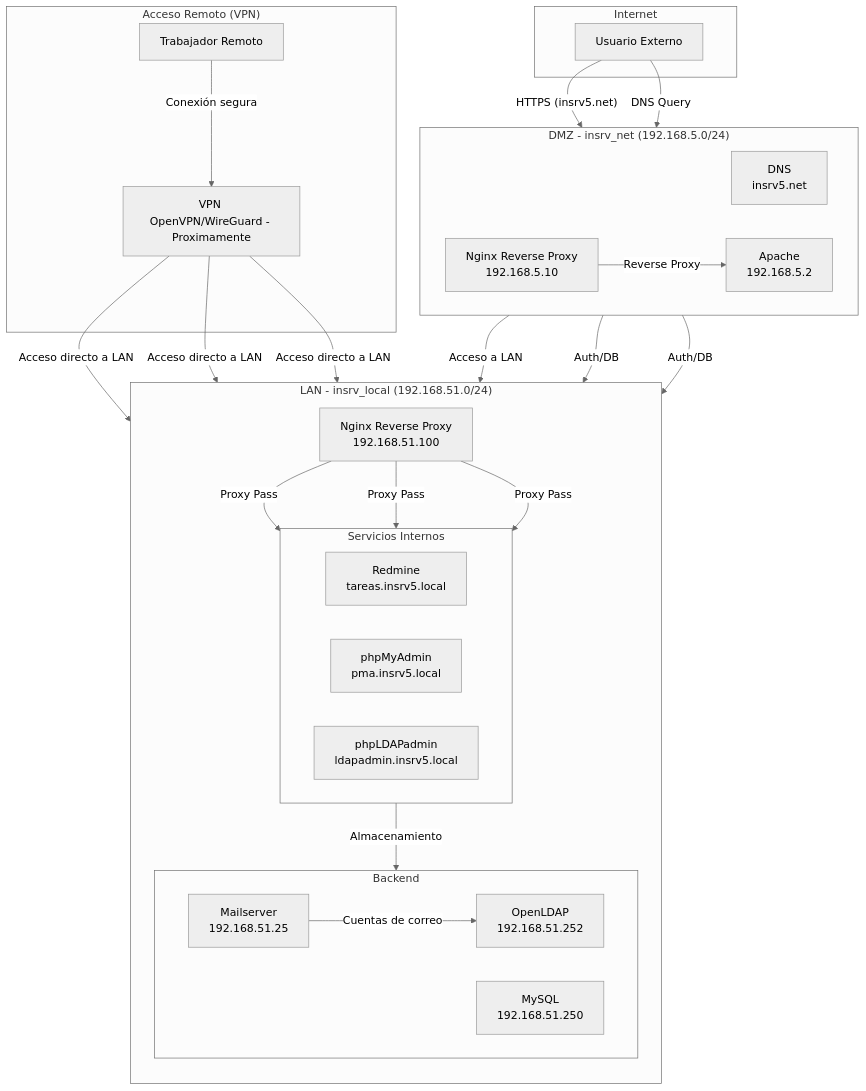
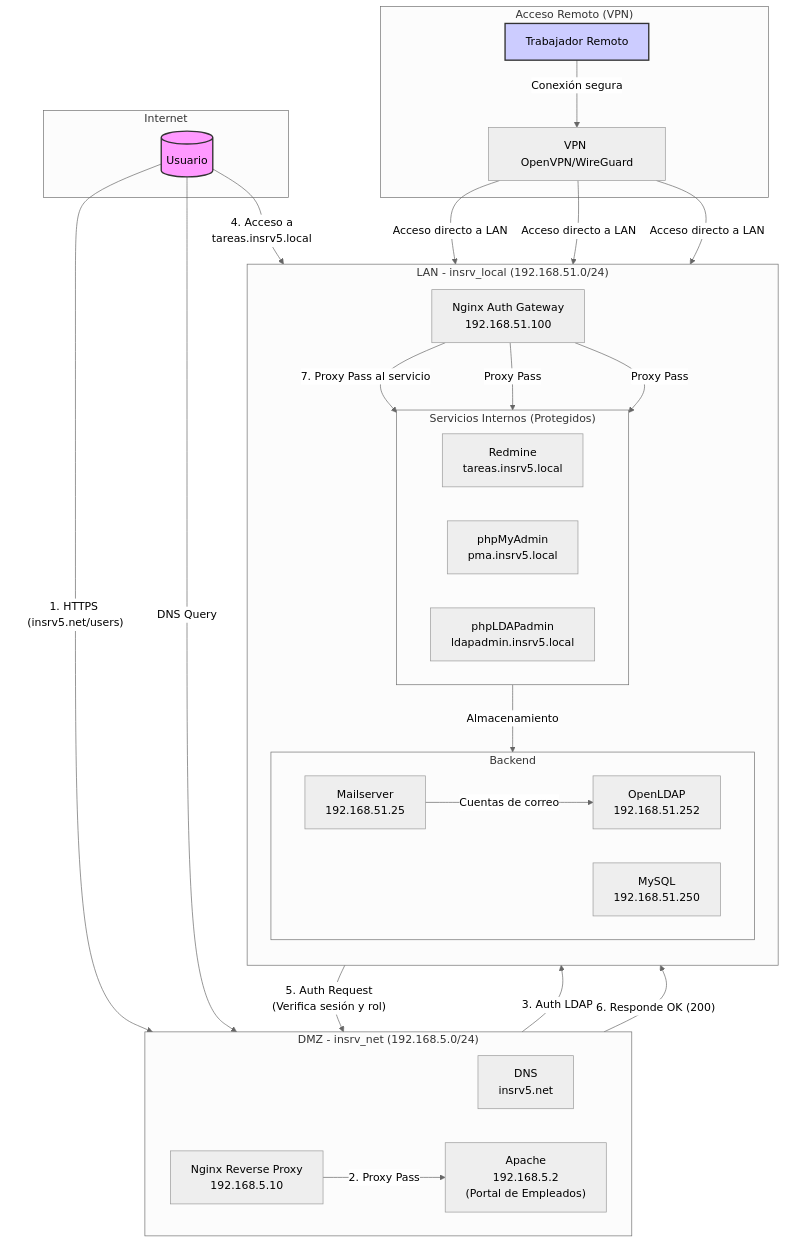
Before and after one commit to CrIsTiAnPvP/Docker-Enterprise-Stack: the diagram in README.md, drawn with Mermaid (neutral theme). The commit also changed other lines of this file, not shown here.

````diff
--- a/README.md
+++ b/README.md
@@ -36,62 +37,64 @@
 ```mermaid
-
 graph TD
-
     subgraph Internet
-        User[Usuario Externo]
+        User[("Usuario")]
     end
 
     subgraph "DMZ - insrv_net (192.168.5.0/24)"
         direction LR
         dns_dmz["DNS<br>insrv5.net"]
         nginx_dmz["Nginx Reverse Proxy<br>192.168.5.10"]
-        apache_dmz["Apache<br>192.168.5.2"]
+        apache_dmz["Apache<br>192.168.5.2<br>(Portal de Empleados)"]
     end
 
     subgraph "LAN - insrv_local (192.168.51.0/24)"
         direction TB
-        nginx_lan["Nginx Reverse Proxy<br>192.168.51.100"]
-        subgraph "Servicios Internos"
+        nginx_lan["Nginx Auth Gateway<br>192.168.51.100"]
+        subgraph "Servicios Internos (Protegidos)"
             direction LR
             redmine["Redmine<br>tareas.insrv5.local"]
             phpmyadmin["phpMyAdmin<br>pma.insrv5.local"]
             phpldapadmin["phpLDAPadmin<br>ldapadmin.insrv5.local"]
         end
 
         subgraph "Backend"
             direction LR
             openldap["OpenLDAP<br>192.168.51.252"]
             mysql["MySQL<br>192.168.51.250"]
             mailserver["Mailserver<br>192.168.51.25"]
         end
     end
 
     subgraph "Acceso Remoto (VPN)"
-        worker[Trabajador Remoto]
-        vpn[VPN OpenVPN/WireGuard - Proximamente]
+        worker["Trabajador Remoto"]
+        vpn[VPN OpenVPN/WireGuard]
     end
 
     %% --- Flujos de Red ---
-    User -- HTTPS (insrv5.net) --> nginx_dmz
+    User -- 1. HTTPS (insrv5.net/users) --> nginx_dmz
     User -- DNS Query --> dns_dmz
-    nginx_dmz -- Reverse Proxy --> apache_dmz
+    nginx_dmz -- 2. Proxy Pass --> apache_dmz
+    apache_dmz -- 3. Auth LDAP --> openldap
+
+    %% --- Flujo de Acceso Interno con SSO ---
+    User -- "4. Acceso a<br>tareas.insrv5.local" --> nginx_lan
+    nginx_lan -- "5. Auth Request<br>(Verifica sesión y rol)" --> apache_dmz
+    apache_dmz -- "6. Responde OK (200)" --> nginx_lan
+    nginx_lan -- "7. Proxy Pass al servicio" --> redmine
     
-    nginx_dmz -- Acceso a LAN --> nginx_lan
-
-    nginx_lan -- Proxy Pass --> redmine
     nginx_lan -- Proxy Pass --> phpmyadmin
     nginx_lan -- Proxy Pass --> phpldapadmin
-
-    apache_dmz -- Auth/DB --> openldap
-    apache_dmz -- Auth/DB --> mysql
 
     redmine -- Almacenamiento --> mysql
     mailserver -- Cuentas de correo --> openldap
 
     worker -- Conexión segura --> vpn
 
     vpn -- Acceso directo a LAN --> mysql
     vpn -- Acceso directo a LAN --> openldap
     vpn -- Acceso directo a LAN --> nginx_lan
 
+    %% --- Estilos ---
+    style User fill:#f9f,stroke:#333,stroke-width:2px
+    style worker fill:#ccf,stroke:#333,stroke-width:2px
 ```
````
